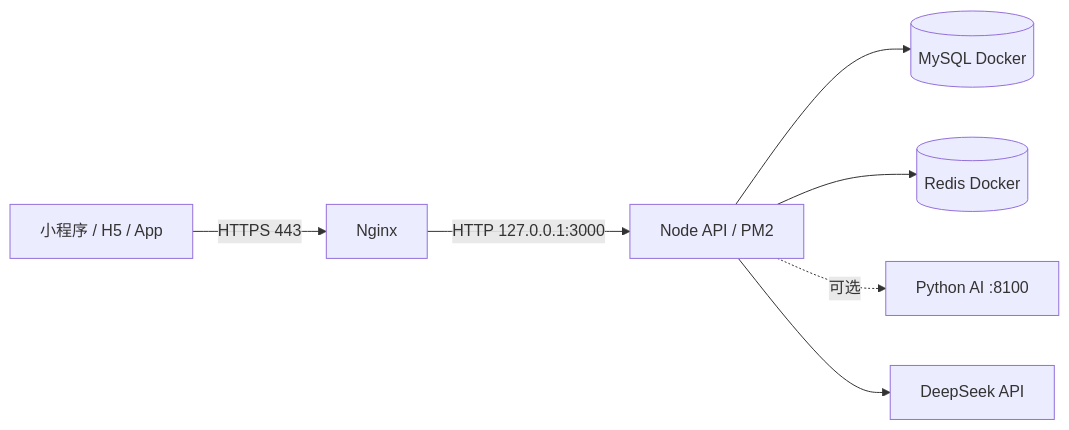
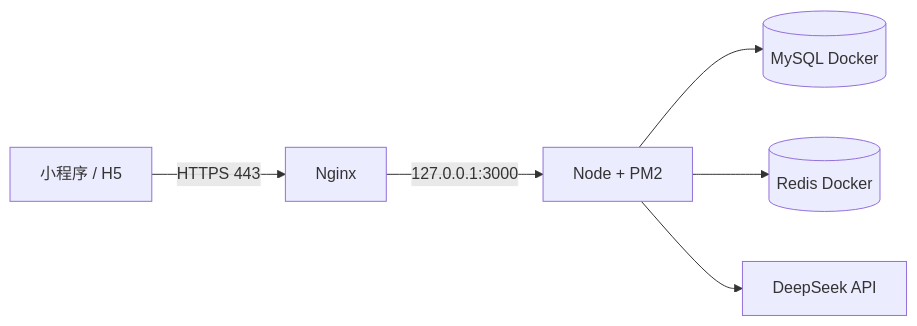
Before and after one commit to yxtao-lab/douxing: the diagram in docs/deploy-production.md, drawn with Mermaid. The commit also changed other lines of this file and 6 other files, not shown here.

````diff
--- a/docs/deploy-production.md
+++ b/docs/deploy-production.md
@@ -24,9 +44,8 @@
 ```mermaid
 flowchart LR
-  Client[小程序 / H5 / App] -->|HTTPS 443| Nginx
-  Nginx -->|HTTP 127.0.0.1:3000| API[Node API / PM2]
+  Client[小程序 / H5] -->|HTTPS 443| Nginx
+  Nginx -->|127.0.0.1:3000| API[Node + PM2]
   API --> MySQL[(MySQL Docker)]
   API --> Redis[(Redis Docker)]
-  API -.可选.-> AI[Python AI :8100]
   API --> DeepSeek[DeepSeek API]
 ```
````
